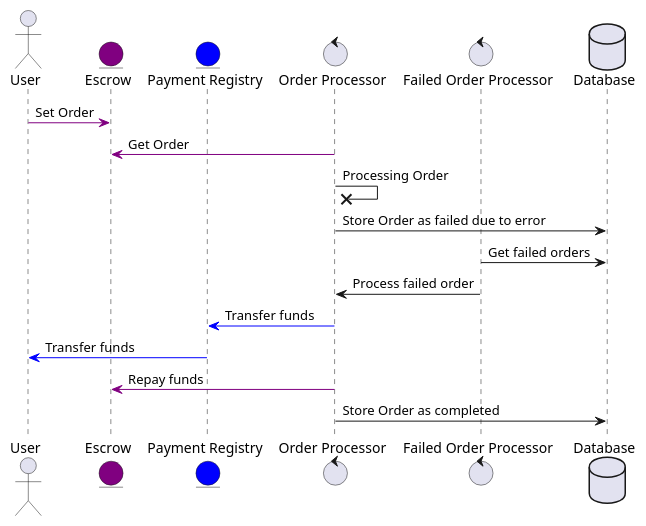
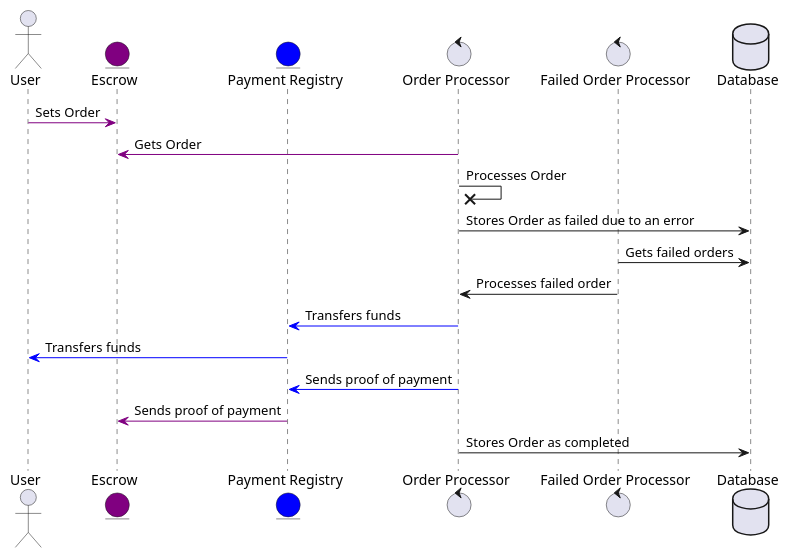
One commit to yetanotherco/yet-another-bridge changed the diagram in mm-bot/docs/diagrams/failed_orders.puml. Above: the diagram before and after it, drawn with PlantUML. The commit also changed 7 other files, not shown here.

Commit message:
docs(mm-bot): README improvements and grammar check docs(mm-bot): improve diagrams

```diff
--- a/mm-bot/docs/diagrams/failed_orders.puml
+++ b/mm-bot/docs/diagrams/failed_orders.puml
@@ -1,20 +1,21 @@
 @startuml
 actor User as U
 entity Escrow as E #purple
 entity "Payment Registry" as PR #blue
 control "Order Processor" as OP
 control "Failed Order Processor" as FOP
 database Database
 
-U -[#purple]> E : Set Order
-OP -[#purple]> E : Get Order
-OP ->x OP : Processing Order
-OP -> Database : Store Order as failed due to error
-FOP -> Database : Get failed orders
-FOP -> OP : Process failed order
-OP -[#blue]> PR : Transfer funds
-PR -[#blue]> U: Transfer funds
-OP -[#purple]> E : Repay funds
-OP -> Database : Store Order as completed
+U -[#purple]> E : Sets Order
+OP -[#purple]> E : Gets Order
+OP ->x OP : Processes Order
+OP -> Database : Stores Order as failed due to an error
+FOP -> Database : Gets failed orders
+FOP -> OP : Processes failed order
+OP -[#blue]> PR : Transfers funds
+PR -[#blue]> U: Transfers funds
+OP -[#blue]> PR : Sends proof of payment
+PR -[#purple]> E : Sends proof of payment
+OP -> Database : Stores Order as completed
 
 @enduml
```
